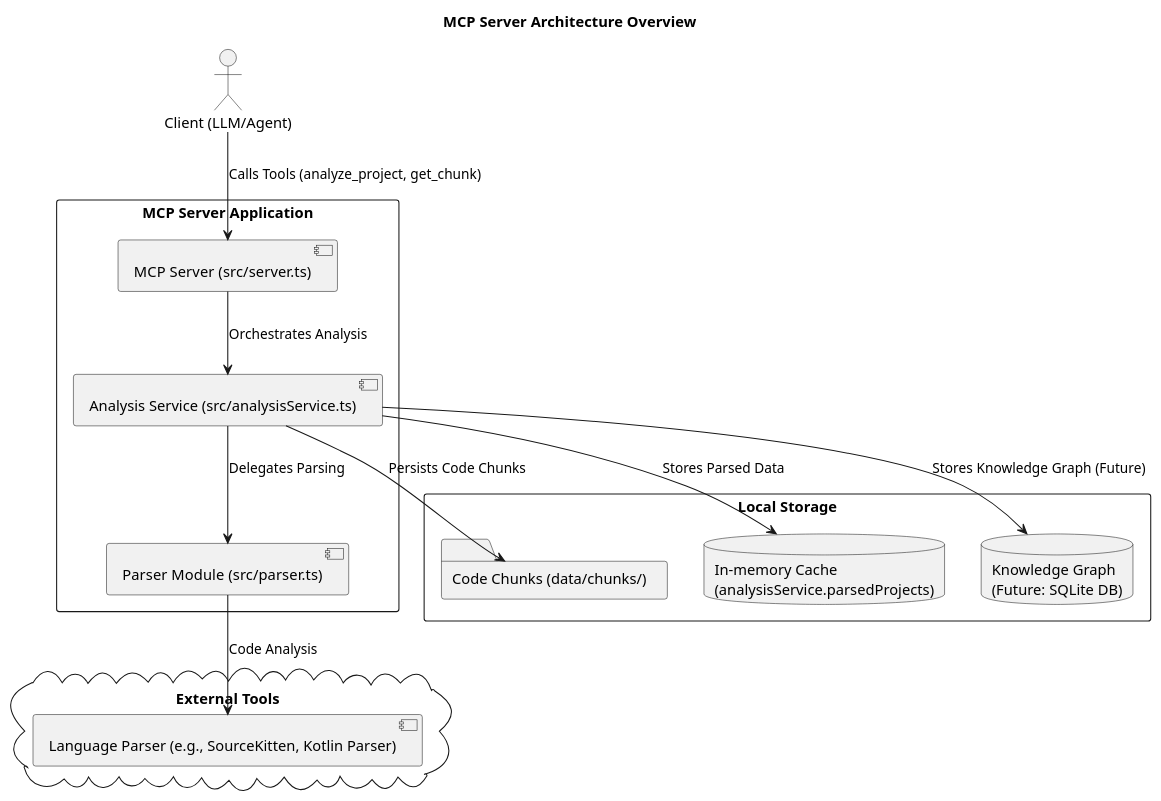
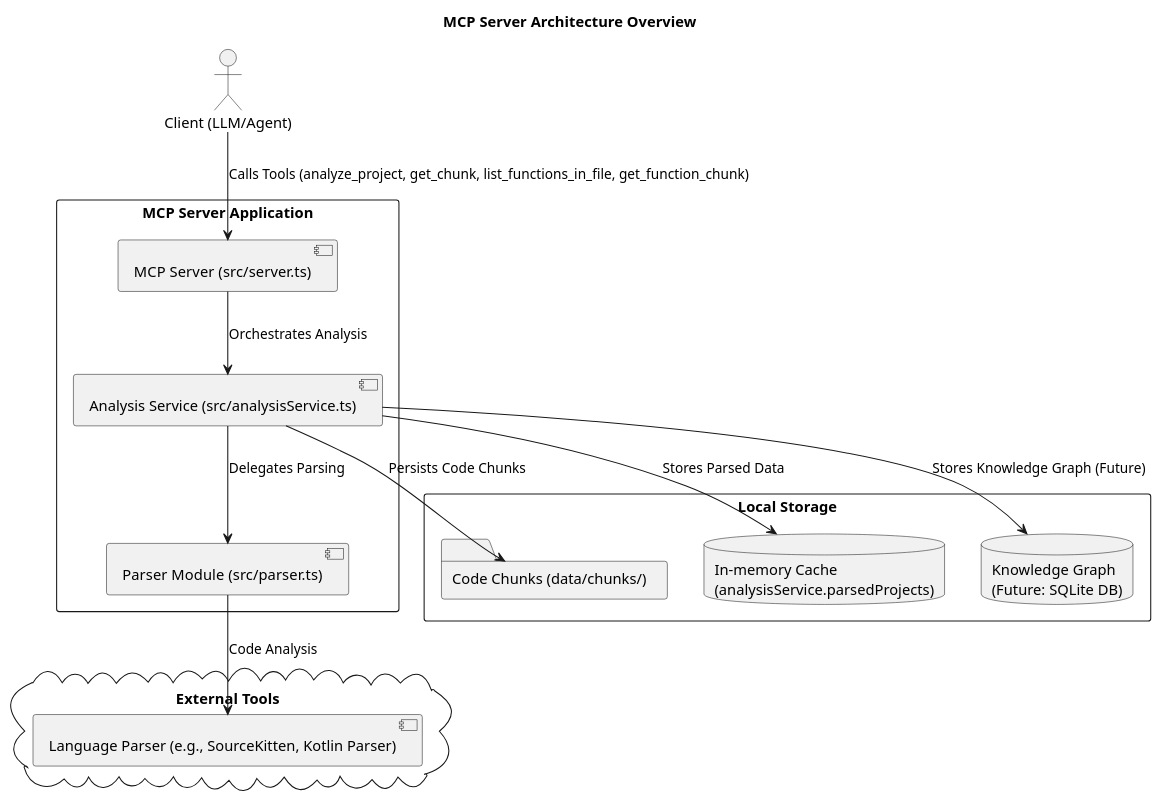
The diagram in doc/architecture.md (aoitan/project-analyzer-mcp), drawn with PlantUML before and after one commit. The commit also changed other lines of this file and 1 other file, not shown here.

````diff
--- a/doc/architecture.md
+++ b/doc/architecture.md
@@ -14,38 +14,38 @@
 ```plantuml
 @startuml
 
 skinparam packageStyle rectangle
 skinparam classAttributeIconSize 0
 
 title MCP Server Architecture Overview
 
 actor "Client (LLM/Agent)" as Client
 
 package "MCP Server Application" {
   [MCP Server (src/server.ts)] as Server
   [Analysis Service (src/analysisService.ts)] as AnalysisService
   [Parser Module (src/parser.ts)] as Parser
 }
 
 package "Local Storage" {
   folder "Code Chunks (data/chunks/)" as ChunksStorage
   database "In-memory Cache\n(analysisService.parsedProjects)" as InMemoryCache
   database "Knowledge Graph\n(Future: SQLite DB)" as KnowledgeGraph
 }
 
 cloud "External Tools" {
   [Language Parser (e.g., SourceKitten, Kotlin Parser)] as LanguageParser
 }
 
-Client --> Server : Calls Tools (analyze_project, get_chunk)
+Client --> Server : Calls Tools (analyze_project, get_chunk, list_functions_in_file, get_function_chunk)
 
 Server --> AnalysisService : Orchestrates Analysis
 AnalysisService --> Parser : Delegates Parsing
 Parser --> LanguageParser : Code Analysis
 
 AnalysisService --> ChunksStorage : Persists Code Chunks
 AnalysisService --> InMemoryCache : Stores Parsed Data
 AnalysisService --> KnowledgeGraph : Stores Knowledge Graph (Future)
 
 @enduml
 ```
````
